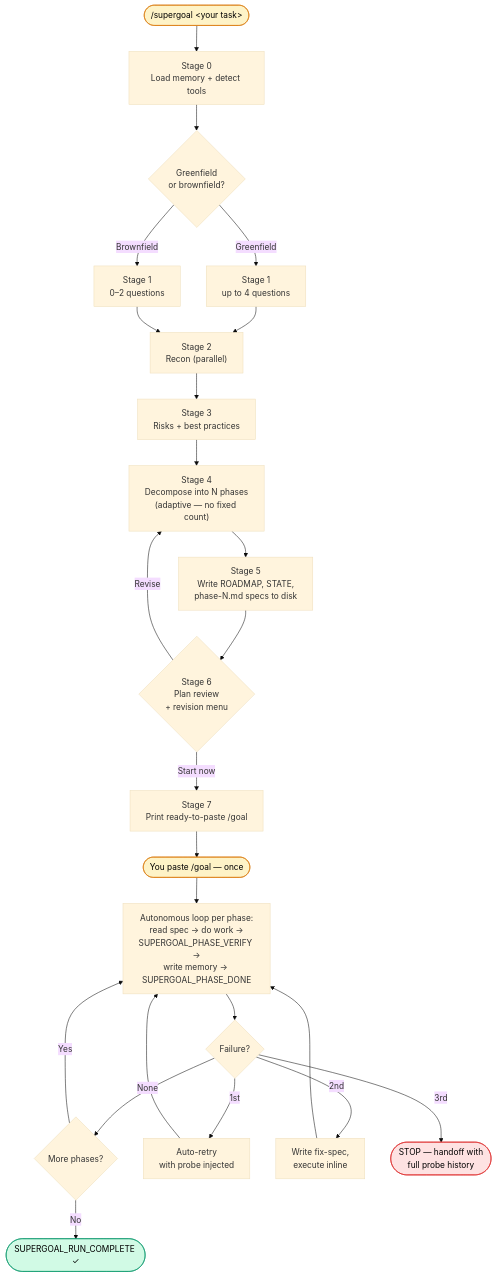
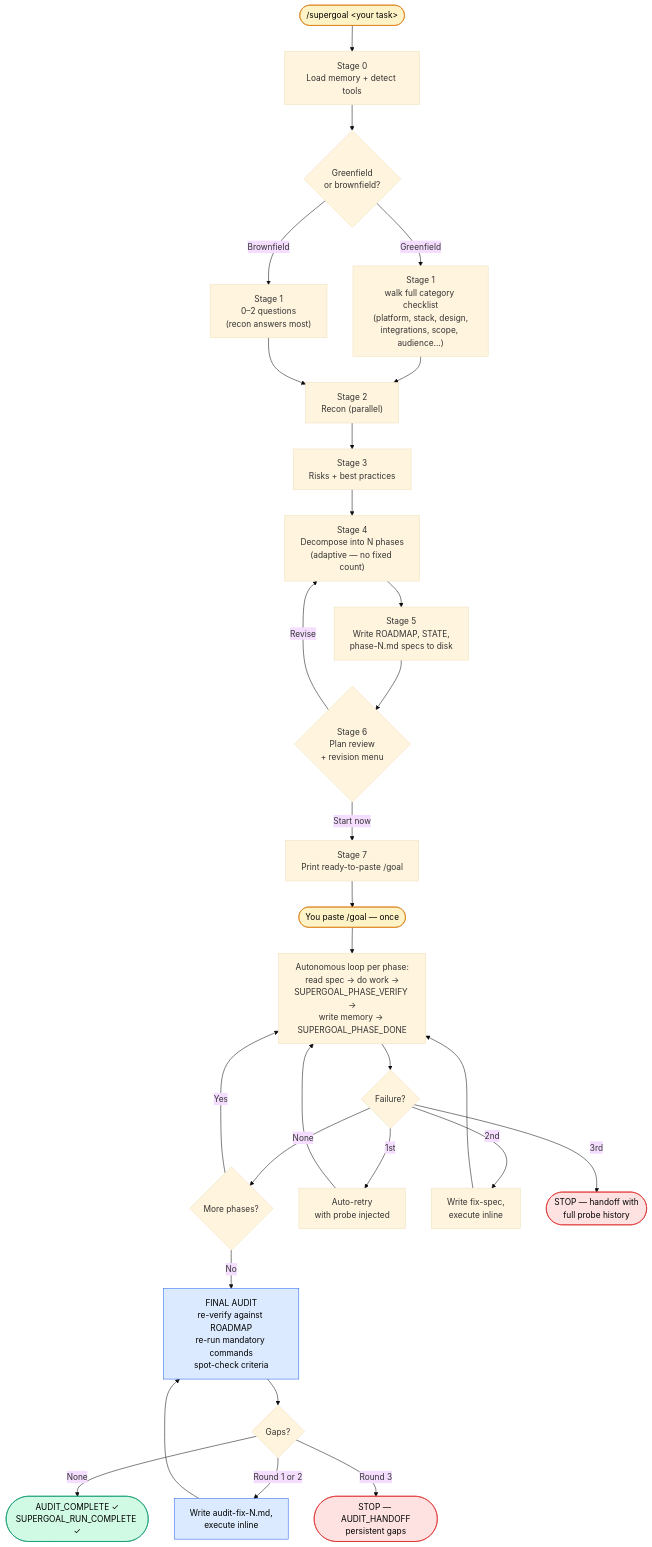
One commit to illlefr4u/supergoal changed the first of 2 diagrams in README.md. Above: the diagram before and after it, drawn with Mermaid (base theme). The commit also changed other lines of this file and 5 other files, not shown here.

````diff
--- a/README.md
+++ b/README.md
@@ -11,33 +11,40 @@
 ```mermaid
 flowchart TD
     Start(["/supergoal &lt;your task&gt;"]) --> S0["Stage 0<br/>Load memory + detect tools"]
     S0 --> S1{Greenfield<br/>or brownfield?}
-    S1 -->|Greenfield| Q1["Stage 1<br/>up to 4 questions"]
-    S1 -->|Brownfield| Q2["Stage 1<br/>0–2 questions"]
+    S1 -->|Greenfield| Q1["Stage 1<br/>walk full category checklist<br/>(platform, stack, design,<br/>integrations, scope, audience...)"]
+    S1 -->|Brownfield| Q2["Stage 1<br/>0–2 questions<br/>(recon answers most)"]
     Q1 --> S2["Stage 2<br/>Recon (parallel)"]
     Q2 --> S2
     S2 --> S3["Stage 3<br/>Risks + best practices"]
     S3 --> S4["Stage 4<br/>Decompose into N phases<br/>(adaptive — no fixed count)"]
     S4 --> S5["Stage 5<br/>Write ROADMAP, STATE,<br/>phase-N.md specs to disk"]
     S5 --> S6{"Stage 6<br/>Plan review<br/>+ revision menu"}
     S6 -->|Revise| S4
     S6 -->|Start now| S7["Stage 7<br/>Print ready-to-paste /goal"]
     S7 --> PASTE(["You paste /goal — once"])
     PASTE --> LOOP["Autonomous loop per phase:<br/>read spec → do work →<br/>SUPERGOAL_PHASE_VERIFY →<br/>write memory → SUPERGOAL_PHASE_DONE"]
     LOOP --> CHECK{Failure?}
     CHECK -->|None| NEXT{More phases?}
     NEXT -->|Yes| LOOP
-    NEXT -->|No| DONE(["SUPERGOAL_RUN_COMPLETE ✓"])
+    NEXT -->|No| AUDIT["FINAL AUDIT<br/>re-verify against ROADMAP<br/>re-run mandatory commands<br/>spot-check criteria"]
     CHECK -->|1st| R1["Auto-retry<br/>with probe injected"]
     R1 --> LOOP
     CHECK -->|2nd| R2["Write fix-spec,<br/>execute inline"]
     R2 --> LOOP
     CHECK -->|3rd| HANDOFF(["STOP — handoff with<br/>full probe history"])
+    AUDIT --> AGAPS{Gaps?}
+    AGAPS -->|None| DONE(["AUDIT_COMPLETE ✓<br/>SUPERGOAL_RUN_COMPLETE ✓"])
+    AGAPS -->|Round 1 or 2| AFIX["Write audit-fix-N.md,<br/>execute inline"]
+    AFIX --> AUDIT
+    AGAPS -->|Round 3| AHO(["STOP — AUDIT_HANDOFF<br/>persistent gaps"])
 
     classDef human fill:#fef3c7,stroke:#d97706,color:#000
     classDef done fill:#d1fae5,stroke:#059669,color:#000
     classDef stop fill:#fee2e2,stroke:#dc2626,color:#000
+    classDef audit fill:#dbeafe,stroke:#2563eb,color:#000
     class Start,PASTE human
     class DONE done
-    class HANDOFF stop
+    class HANDOFF,AHO stop
+    class AUDIT,AFIX audit
 ```
````
